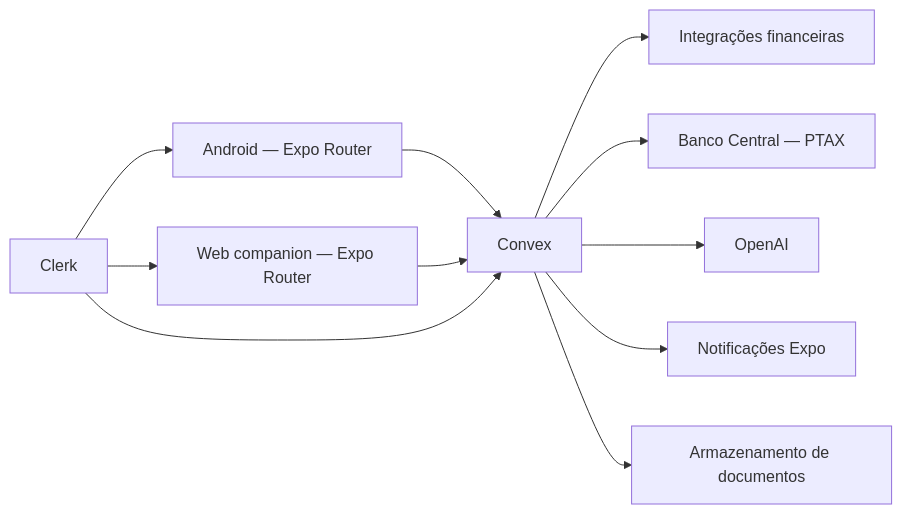
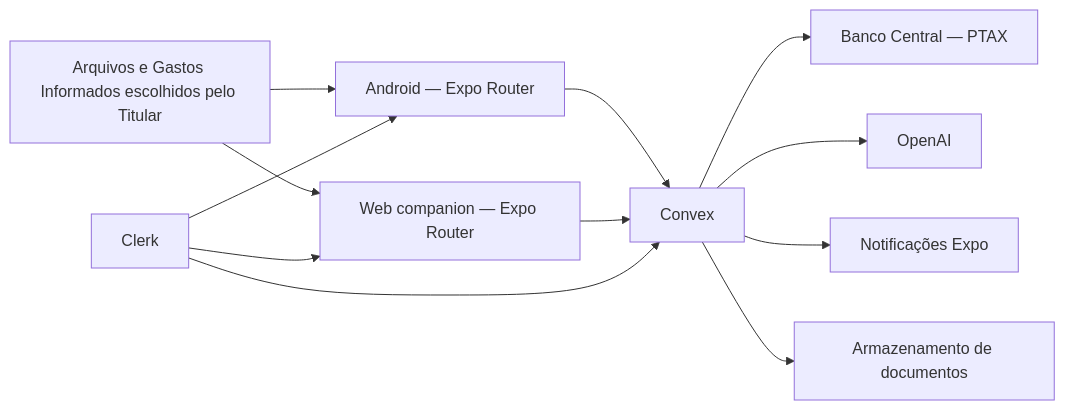
The first of 3 diagrams in docs/architecture.md (brenomzy/brenotion), drawn with Mermaid before and after one commit. The commit also changed other lines of this file and 12 other files, not shown here.

````diff
--- a/docs/architecture.md
+++ b/docs/architecture.md
@@ -11,13 +11,14 @@
 ```mermaid
 flowchart LR
+    E["Arquivos e Gastos Informados escolhidos pelo Titular"] --> A
+    E --> W
     A["Android — Expo Router"] --> C["Convex"]
     W["Web companion — Expo Router"] --> C
-    C --> F["Integrações financeiras"]
     C --> B["Banco Central — PTAX"]
     C --> O["OpenAI"]
     C --> N["Notificações Expo"]
     C --> S["Armazenamento de documentos"]
     K["Clerk"] --> A
     K --> W
     K --> C
 ```
````
